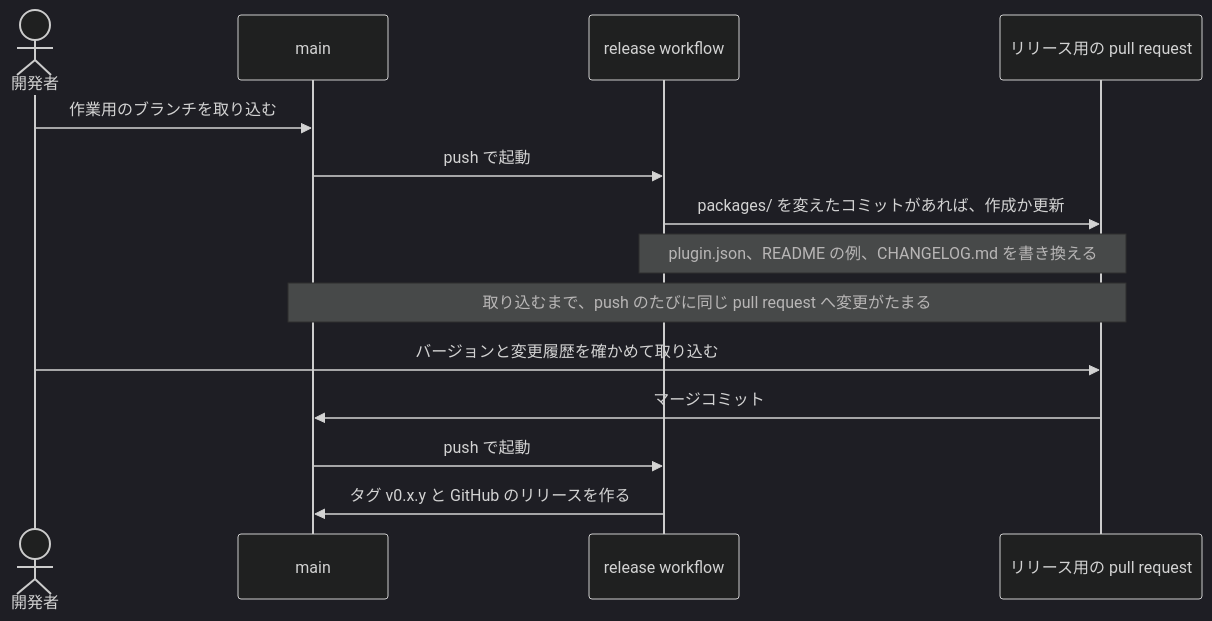
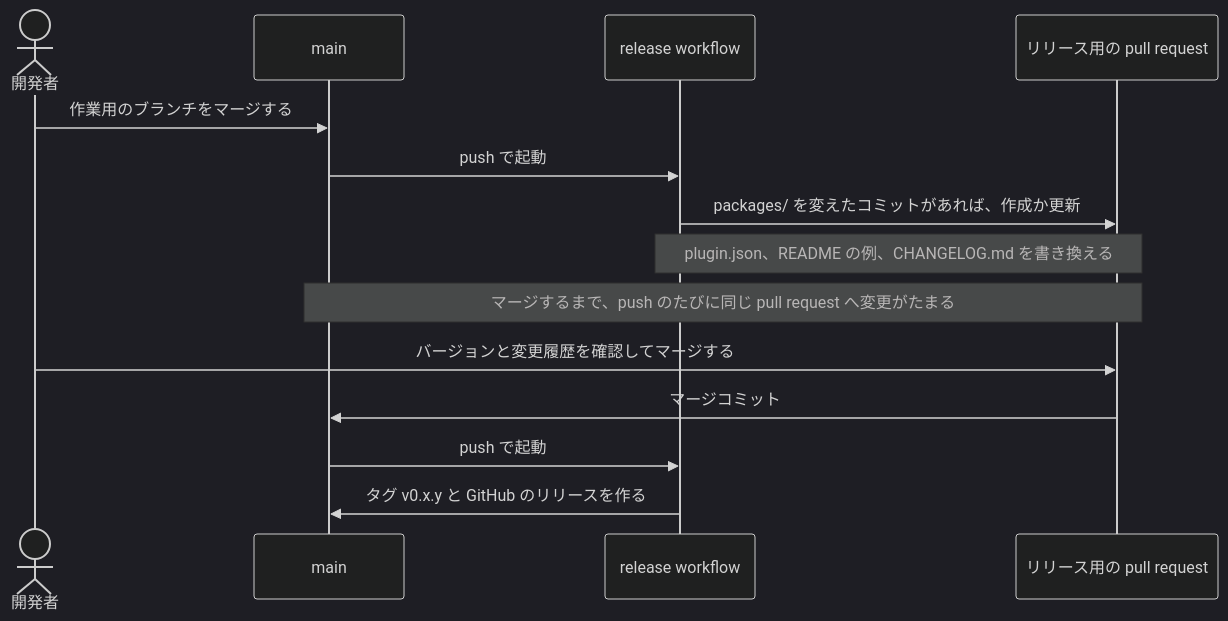
One commit to Fukuemon/agent-playbooks changed the second of 2 diagrams in CONTRIBUTING.md. Above: the diagram before and after it, drawn with Mermaid (dark theme). The commit also changed other lines of this file and 9 other files, not shown here.

````diff
--- a/CONTRIBUTING.md
+++ b/CONTRIBUTING.md
@@ -118,16 +118,16 @@
 ```mermaid
 sequenceDiagram
     actor Dev as 開発者
     participant Main as main
     participant WF as release workflow
     participant PR as リリース用の pull request
-    Dev->>Main: 作業用のブランチを取り込む
+    Dev->>Main: 作業用のブランチをマージする
     Main->>WF: push で起動
     WF->>PR: packages/ を変えたコミットがあれば、作成か更新
     Note over WF,PR: plugin.json、README の例、CHANGELOG.md を書き換える
-    Note over Main,PR: 取り込むまで、push のたびに同じ pull request へ変更がたまる
-    Dev->>PR: バージョンと変更履歴を確かめて取り込む
+    Note over Main,PR: マージするまで、push のたびに同じ pull request へ変更がたまる
+    Dev->>PR: バージョンと変更履歴を確認してマージする
     PR->>Main: マージコミット
     Main->>WF: push で起動
     WF->>Main: タグ v0.x.y と GitHub のリリースを作る
 ```
````
